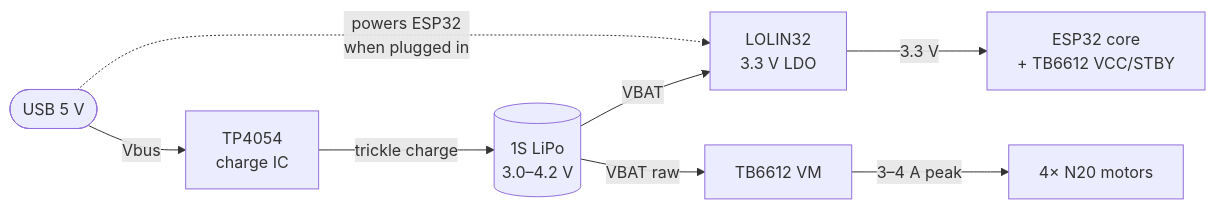
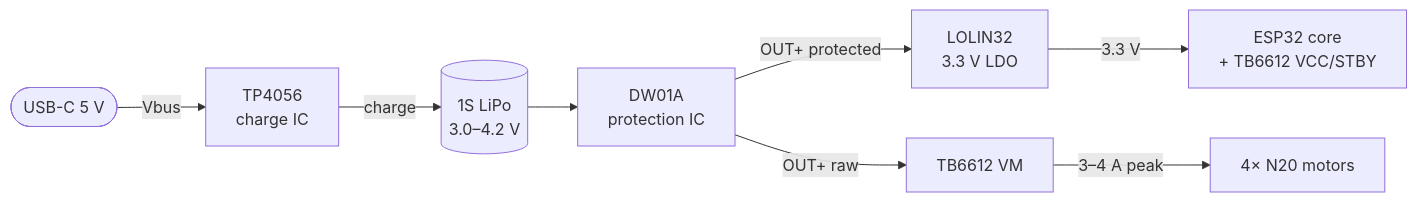
One commit to wouterds/minibot changed the second of 2 diagrams in README.md. Above: the diagram before and after it, drawn with Mermaid. The commit also changed other lines of this file, not shown here.

Commit message:
docs: route charging + power through TP4056 with DW01A protection

````diff
--- a/README.md
+++ b/README.md
@@ -50,10 +52,10 @@
 ```mermaid
 flowchart LR
-    USB([USB 5 V]) -->|Vbus| TP[TP4054<br/>charge IC]
-    USB -.->|powers ESP32<br/>when plugged in| LDO[LOLIN32<br/>3.3 V LDO]
-    TP -->|trickle charge| BAT[(1S LiPo<br/>3.0–4.2 V)]
-    BAT -->|VBAT| LDO
-    BAT -->|VBAT raw| VM[TB6612 VM]
+    USBC([USB-C 5 V]) -->|Vbus| TP[TP4056<br/>charge IC]
+    TP -->|charge| BAT[(1S LiPo<br/>3.0–4.2 V)]
+    BAT --> DW[DW01A<br/>protection IC]
+    DW -->|OUT+ protected| LDO[LOLIN32<br/>3.3 V LDO]
+    DW -->|OUT+ raw| VM[TB6612 VM]
     LDO -->|3.3 V| LOGIC[ESP32 core<br/>+ TB6612 VCC/STBY]
     VM -->|3–4 A peak| MOT[4× N20 motors]
 ```
````
